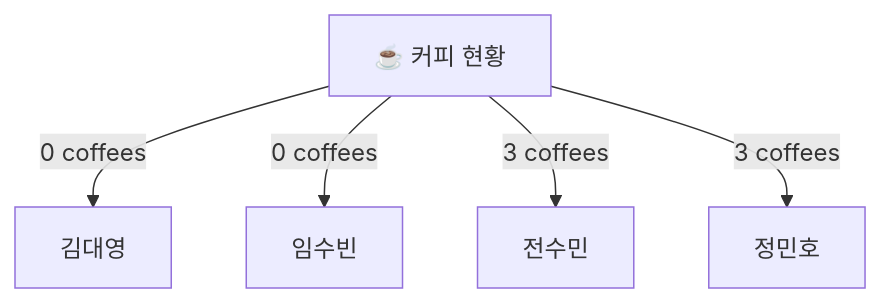
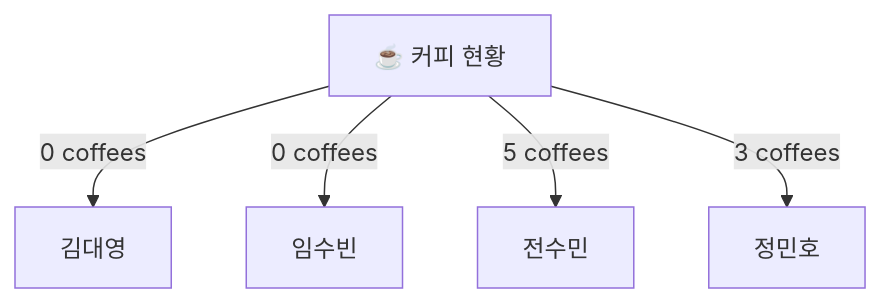
The diagram in README.md (good-query/real-my-sql-study), drawn with Mermaid before and after one commit.

Commit message:
CHORE: Update README coffee count.md

````diff
--- a/README.md
+++ b/README.md
@@ -23,7 +23,7 @@
 ```mermaid
 graph TD;
     A[☕ 커피 현황] -->|0 coffees| B[김대영]
     A -->|0 coffees| C[임수빈]
-    A -->|3 coffees| D[전수민]
+    A -->|5 coffees| D[전수민]
     A -->|3 coffees| E[정민호]
 ```
````
